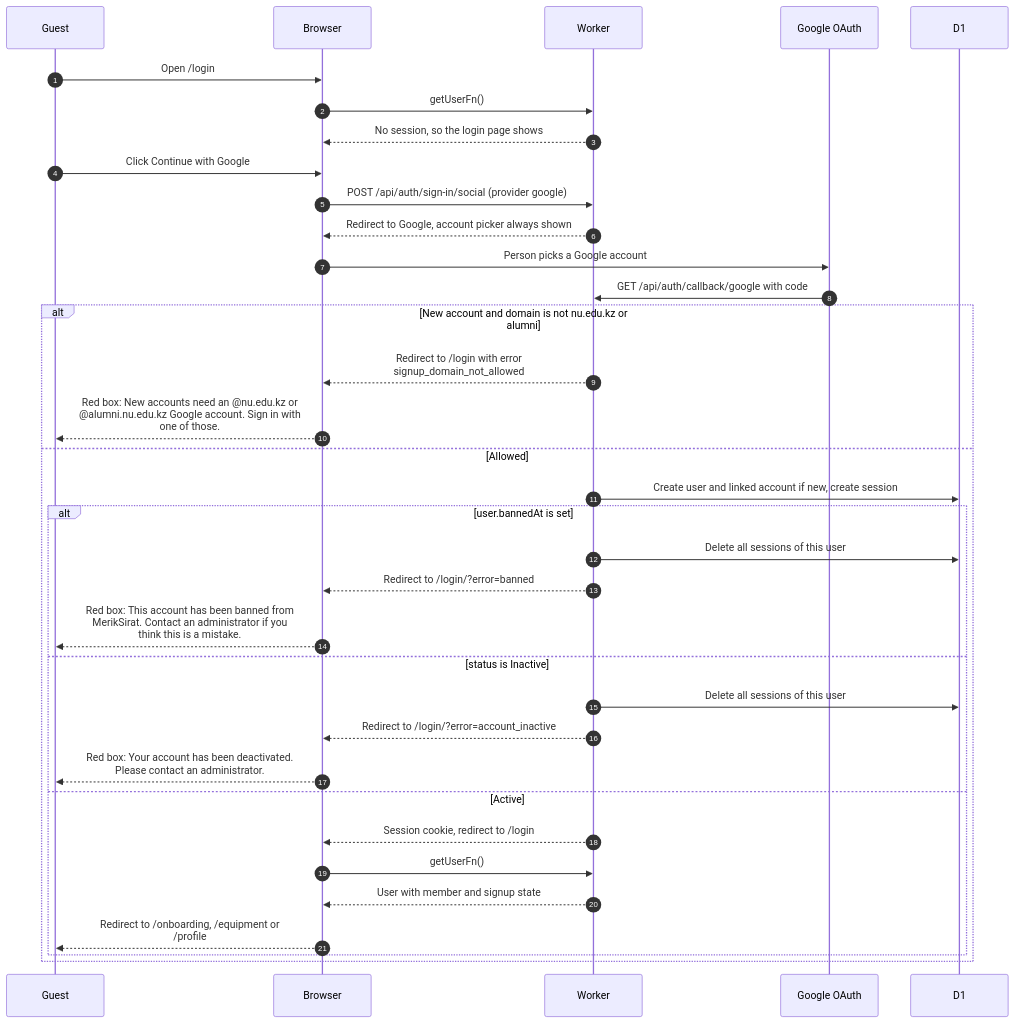
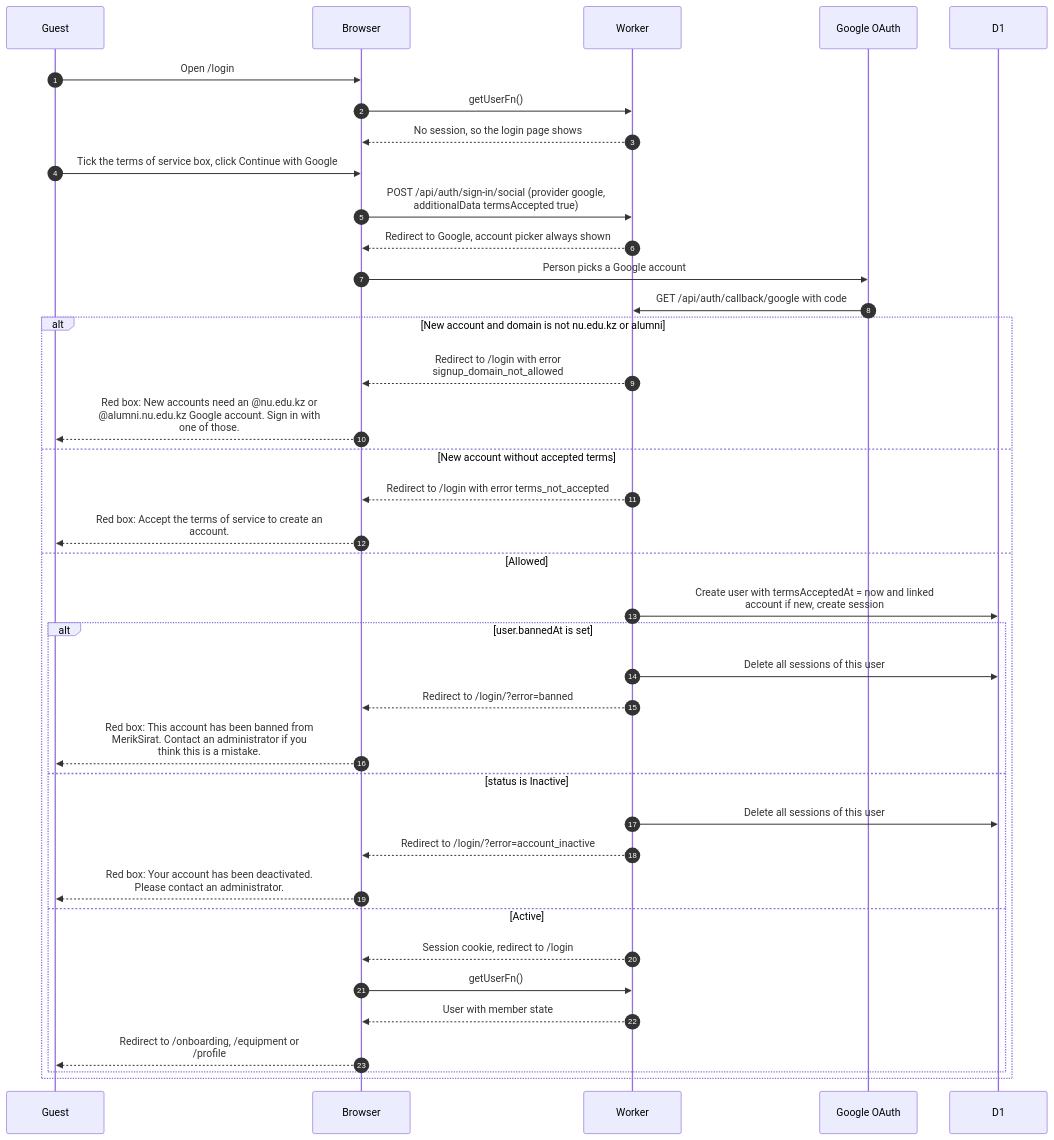
Before and after one commit to sagyzdop/meriksirat: the diagram in docs/scenarios/account/sign-in.md, drawn with Mermaid. The commit also changed other lines of this file and 37 other files, not shown here.

First line of the commit message:
feat(signup): terms on login, finished account at creation, drop stale-signup cleanup

````diff
--- a/docs/scenarios/account/sign-in.md
+++ b/docs/scenarios/account/sign-in.md
@@ -37,37 +52,40 @@
 ```mermaid
 sequenceDiagram
     autonumber
     participant P as Guest
     participant B as Browser
     participant W as Worker
     participant G as Google OAuth
     participant D as D1
     P->>B: Open /login
     B->>W: getUserFn()
     W-->>B: No session, so the login page shows
-    P->>B: Click Continue with Google
-    B->>W: POST /api/auth/sign-in/social (provider google)
+    P->>B: Tick the terms of service box, click Continue with Google
+    B->>W: POST /api/auth/sign-in/social (provider google,<br/>additionalData termsAccepted true)
     W-->>B: Redirect to Google, account picker always shown
     B->>G: Person picks a Google account
     G->>W: GET /api/auth/callback/google with code
     alt New account and domain is not nu.edu.kz or alumni
         W-->>B: Redirect to /login with error<br/>signup_domain_not_allowed
         B-->>P: Red box: New accounts need an @nu.edu.kz or<br/>@alumni.nu.edu.kz Google account. Sign in with<br/>one of those.
+    else New account without accepted terms
+        W-->>B: Redirect to /login with error terms_not_accepted
+        B-->>P: Red box: Accept the terms of service to create an<br/>account.
     else Allowed
-        W->>D: Create user and linked account if new, create session
+        W->>D: Create user with termsAcceptedAt = now and linked<br/>account if new, create session
         alt user.bannedAt is set
             W->>D: Delete all sessions of this user
             W-->>B: Redirect to /login/?error=banned
             B-->>P: Red box: This account has been banned from<br/>MerikSirat. Contact an administrator if you<br/>think this is a mistake.
         else status is Inactive
             W->>D: Delete all sessions of this user
             W-->>B: Redirect to /login/?error=account_inactive
             B-->>P: Red box: Your account has been deactivated.<br/>Please contact an administrator.
         else Active
             W-->>B: Session cookie, redirect to /login
             B->>W: getUserFn()
-            W-->>B: User with member and signup state
+            W-->>B: User with member state
             B-->>P: Redirect to /onboarding, /equipment or<br/>/profile
         end
     end
 ```
````
